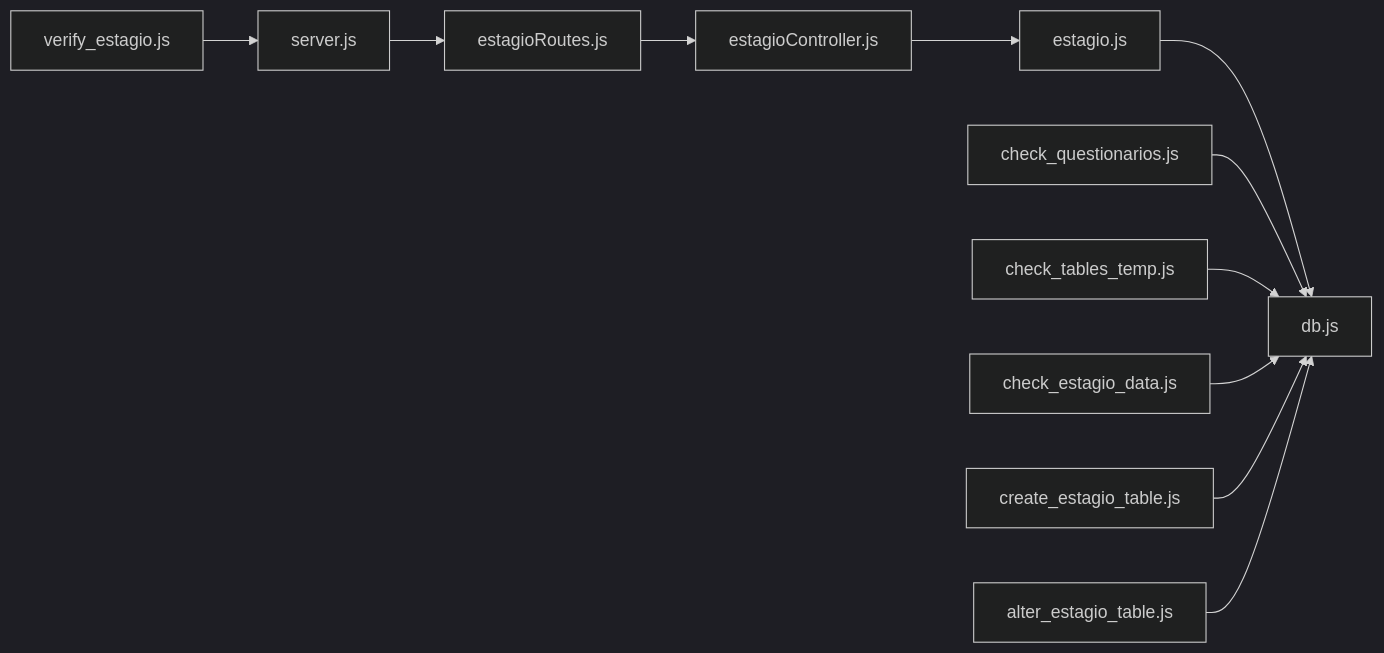
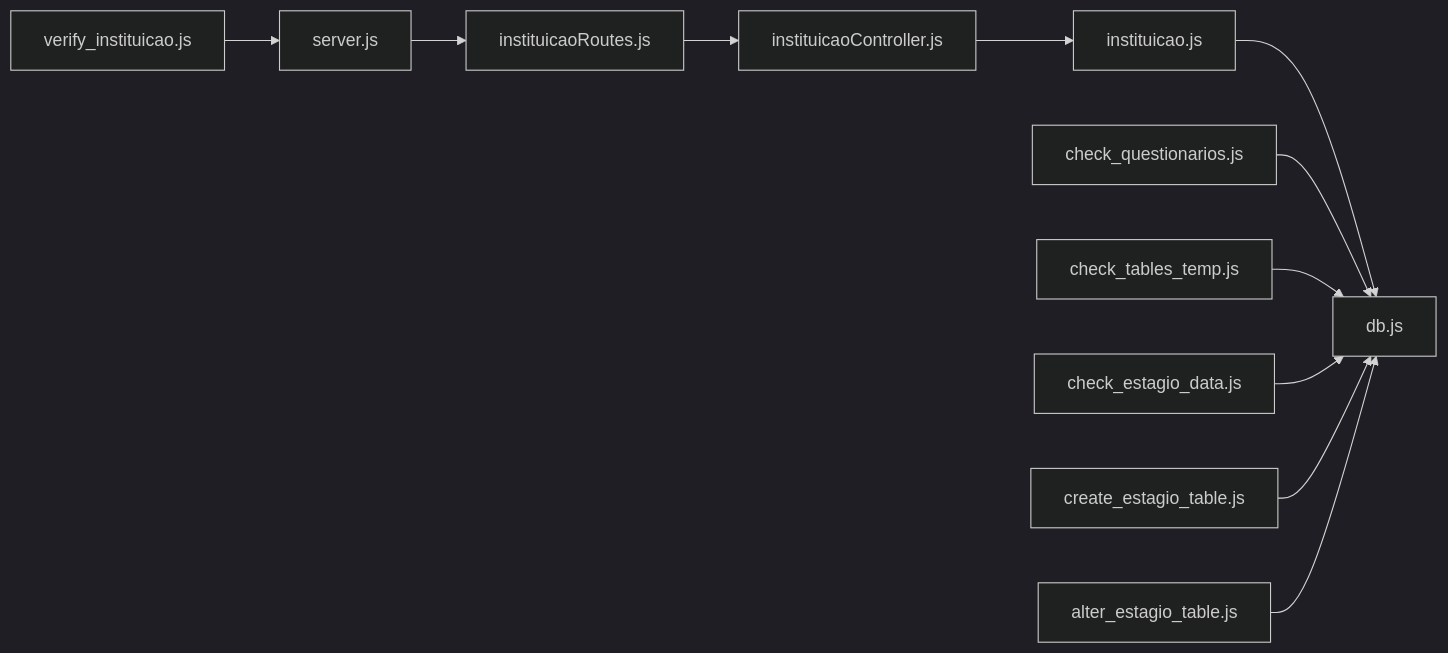
Before and after one commit to luiseduacosta/nodemural: the fifth of 5 diagrams in .qoder/repowiki/en/content/Testing Strategy.md, drawn with Mermaid (dark theme). The commit also changed other lines of this file and 25 other files, not shown here.

````diff
--- a/.qoder/repowiki/en/content/Testing Strategy.md
+++ b/.qoder/repowiki/en/content/Testing Strategy.md
@@ -362,13 +362,13 @@
 ```mermaid
 graph LR
-V["verify_estagio.js"] --> SRV["server.js"]
-SRV --> RT1["estagioRoutes.js"]
-RT1 --> CT1["estagioController.js"]
-CT1 --> MD1["estagio.js"]
+V["verify_instituicao.js"] --> SRV["server.js"]
+SRV --> RT1["instituicaoRoutes.js"]
+RT1 --> CT1["instituicaoController.js"]
+CT1 --> MD1["instituicao.js"]
 MD1 --> DB["db.js"]
 QV["check_questionarios.js"] --> DB
 TS["check_tables_temp.js"] --> DB
 CD["check_estagio_data.js"] --> DB
 CT["create_estagio_table.js"] --> DB
 AT["alter_estagio_table.js"] --> DB
 ```
````
